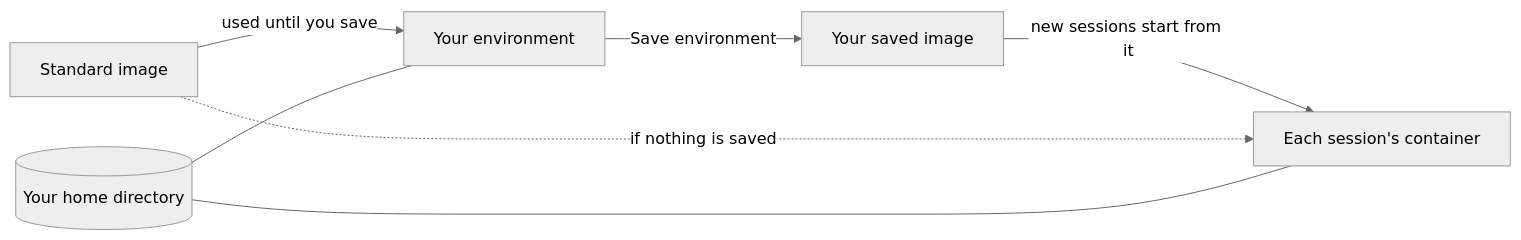
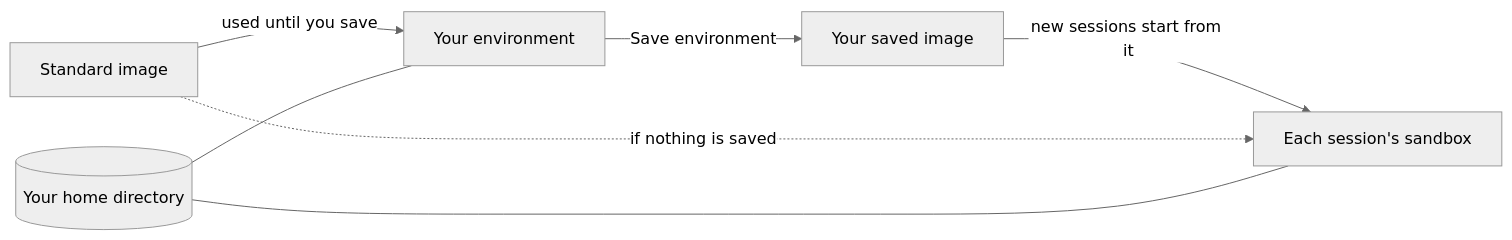
The diagram in docs/environments.md (3xDevOps/aether), drawn with Mermaid (neutral theme) before and after one commit. The commit also changed other lines of this file and 92 other files, not shown here.

First line of the commit message:
fix: say sandbox where a session may run in a container or a VM

````diff
--- a/docs/environments.md
+++ b/docs/environments.md
@@ -9,9 +9,9 @@
 ```mermaid
 flowchart LR
     std["Standard image"] -->|"used until you save"| env["Your environment"]
     env -->|"Save environment"| saved["Your saved image"]
-    saved -->|"new sessions start from it"| run["Each session's container"]
+    saved -->|"new sessions start from it"| run["Each session's sandbox"]
     std -.->|"if nothing is saved"| run
     home[("Your home directory")] --- env
     home --- run
 ```
````
